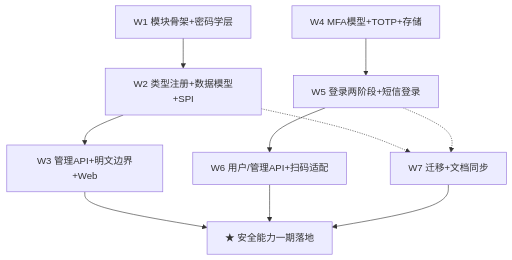
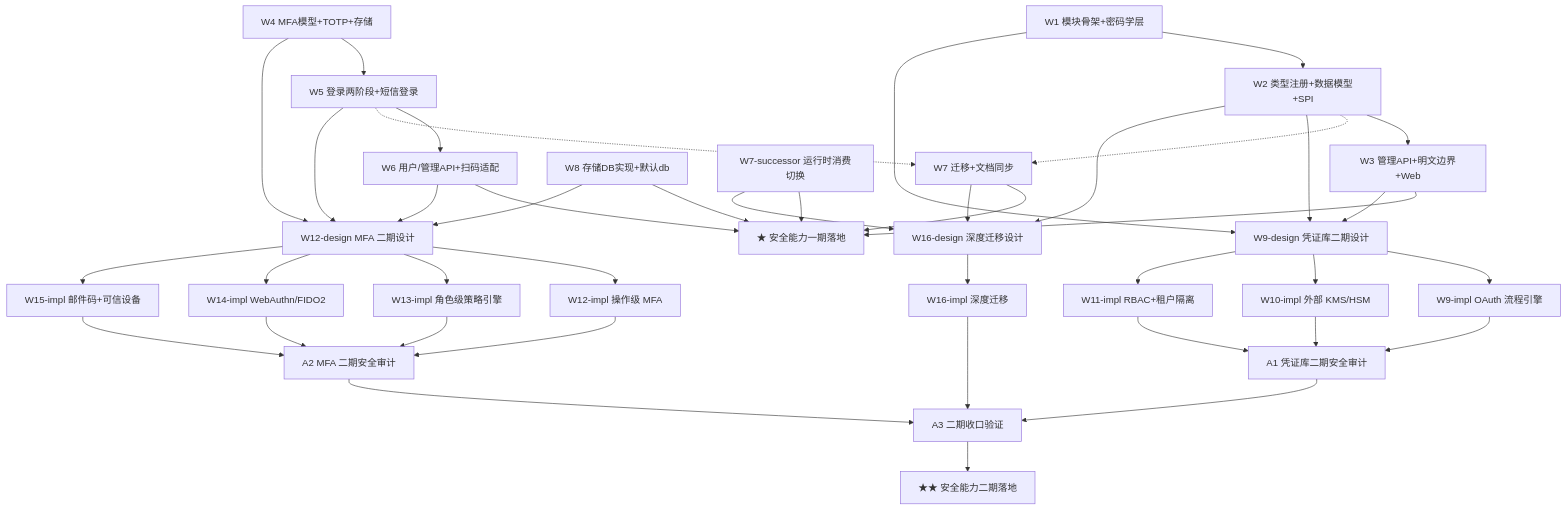
Before and after one commit to entropy-cloud/nop-entropy: the diagram in ai-dev/backlog/nop-credential-mfa-roadmap.md, drawn with Mermaid. The commit also changed other lines of this file and 2 other files, not shown here.

First line of the commit message:
docs(credential): roadmap 新增二期工作项（设计→实现交错 + 审计穿插）

````diff
--- a/ai-dev/backlog/nop-credential-mfa-roadmap.md
+++ b/ai-dev/backlog/nop-credential-mfa-roadmap.md
@@ -201,18 +333,67 @@
 ```mermaid
 graph TD
     W1["W1 模块骨架+密码学层"]
     W2["W2 类型注册+数据模型+SPI"]
     W3["W3 管理API+明文边界+Web"]
     W4["W4 MFA模型+TOTP+存储"]
     W5["W5 登录两阶段+短信登录"]
     W6["W6 用户/管理API+扫码适配"]
     W7["W7 迁移+文档同步"]
+    W8["W8 存储DB实现+默认db"]
+    W7S["W7-successor 运行时消费切换"]
     M["★ 安全能力一期落地"]
     W1 --> W2 --> W3
     W4 --> W5 --> W6
     W2 -.-> W7
     W5 -.-> W7
     W3 --> M
     W6 --> M
     W7 --> M
+    W8 --> M
+    W7S --> M
+
+    D9["W9-design 凭证库二期设计"]
+    I9["W9-impl OAuth 流程引擎"]
+    I10["W10-impl 外部 KMS/HSM"]
+    I11["W11-impl RBAC+租户隔离"]
+    A1["A1 凭证库二期安全审计"]
+    D12["W12-design MFA 二期设计"]
+    I12["W12-impl 操作级 MFA"]
+    I13["W13-impl 角色级策略引擎"]
+    I14["W14-impl WebAuthn/FIDO2"]
+    I15["W15-impl 邮件码+可信设备"]
+    A2["A2 MFA 二期安全审计"]
+    D16["W16-design 深度迁移设计"]
+    I16["W16-impl 深度迁移"]
+    A3["A3 二期收口验证"]
+    M2["★★ 安全能力二期落地"]
+    W1 --> D9
+    W2 --> D9
+    W3 --> D9
+    D9 --> I9
+    D9 --> I10
+    D9 --> I11
+    I9 --> A1
+    I10 --> A1
+    I11 --> A1
+    W4 --> D12
+    W5 --> D12
+    W6 --> D12
+    W8 --> D12
+    D12 --> I12
+    D12 --> I13
+    D12 --> I14
+    D12 --> I15
+    I12 --> A2
+    I13 --> A2
+    I14 --> A2
+    I15 --> A2
+    W2 --> D16
+    W7 --> D16
+    W7S --> D16
+    D16 --> I16
+    A1 --> A3
+    A2 --> A3
+    I16 --> A3
+    A3 --> M2
 ```
````
